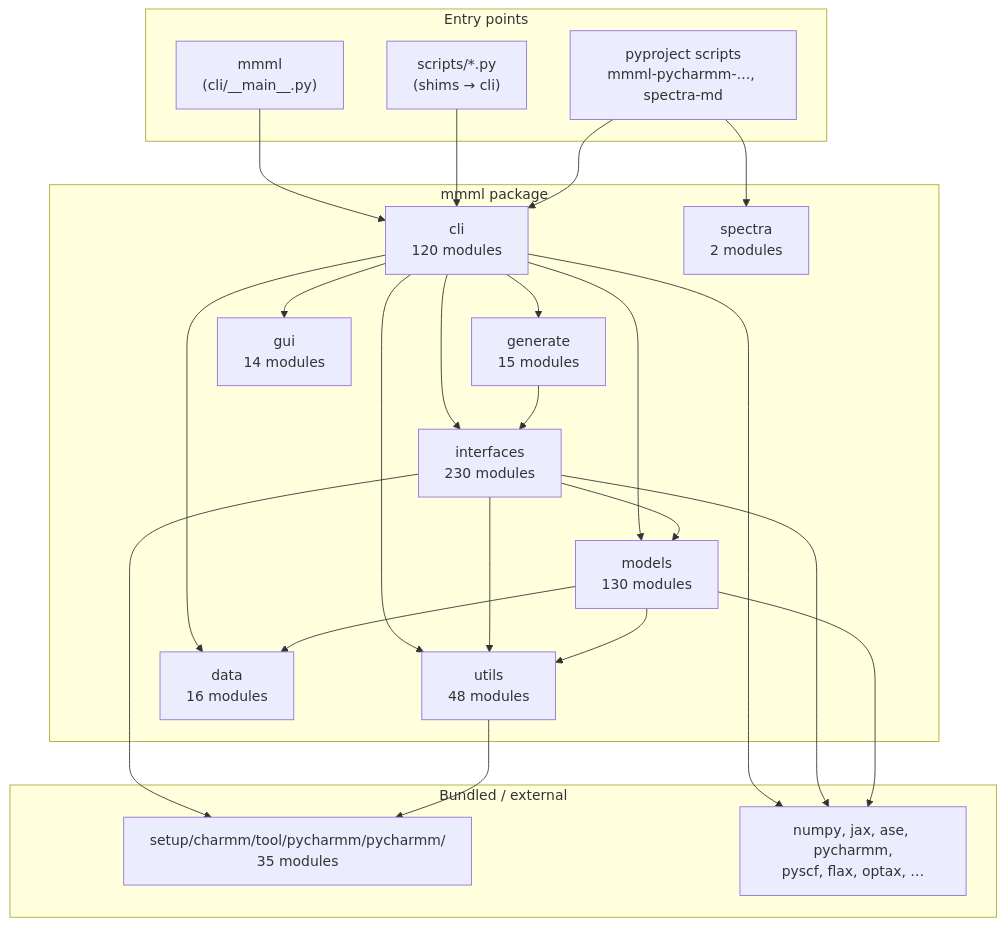
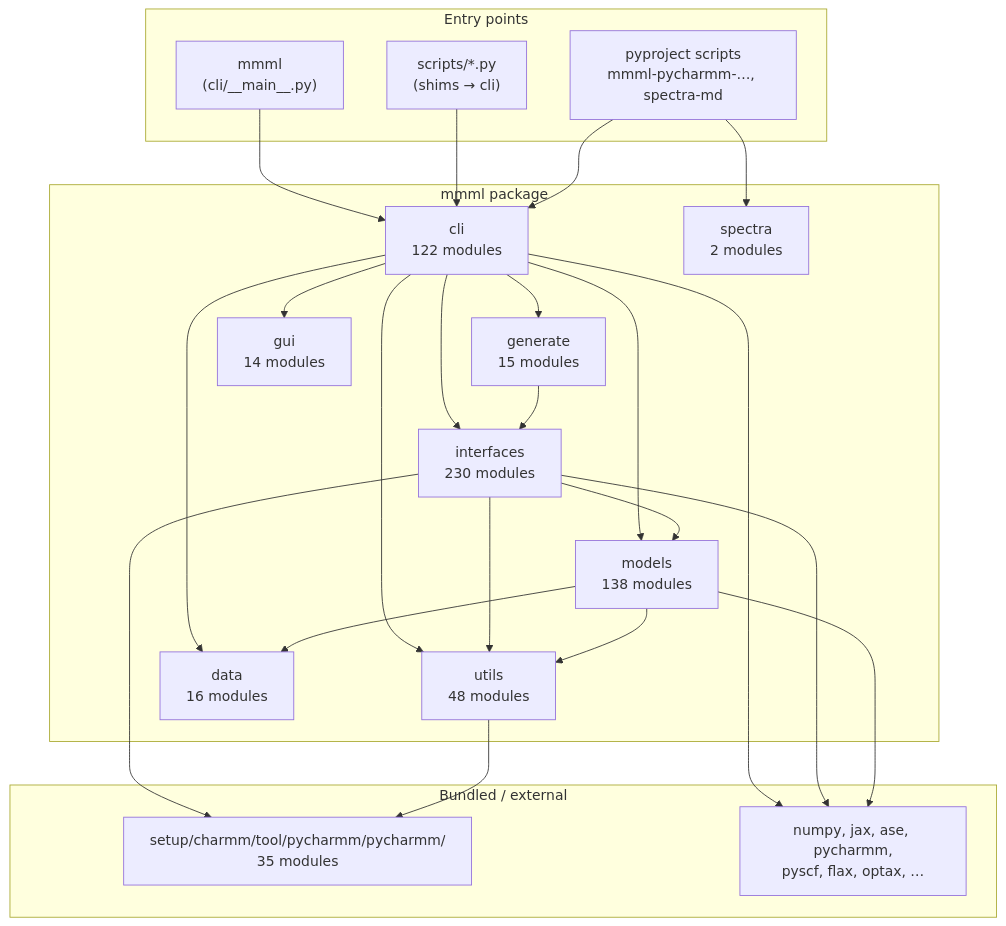
One commit to EricBoittier/mmml changed the first of 8 diagrams in docs/package-architecture.md. Above: the diagram before and after it, drawn with Mermaid. The commit also changed other lines of this file and 24 other files, not shown here.

````diff
--- a/docs/package-architecture.md
+++ b/docs/package-architecture.md
@@ -13,48 +13,48 @@
 ```mermaid
 flowchart TB
   subgraph entry["Entry points"]
     MMML["mmml\n(cli/__main__.py)"]
     SCRIPTS["scripts/*.py\n(shims → cli)"]
     PKG["pyproject scripts\nmmml-pycharmm-…, spectra-md"]
   end
 
   subgraph mmml_pkg["mmml package"]
-    CLI["cli\n120 modules"]
+    CLI["cli\n122 modules"]
     IFACE["interfaces\n230 modules"]
-    MODELS["models\n130 modules"]
+    MODELS["models\n138 modules"]
     UTILS["utils\n48 modules"]
     DATA["data\n16 modules"]
     GEN["generate\n15 modules"]
     GUI["gui\n14 modules"]
     SPEC["spectra\n2 modules"]
   end
 
   subgraph vendor["Bundled / external"]
     PYCH["setup/charmm/tool/pycharmm/pycharmm/\n35 modules"]
     EXT["numpy, jax, ase, pycharmm,\npyscf, flax, optax, …"]
   end
 
   MMML --> CLI
   SCRIPTS --> CLI
   PKG --> CLI
   PKG --> SPEC
 
   CLI --> IFACE
   CLI --> MODELS
   CLI --> DATA
   CLI --> UTILS
   CLI --> GEN
   CLI --> GUI
 
   IFACE --> MODELS
   IFACE --> UTILS
   IFACE --> PYCH
   MODELS --> UTILS
   MODELS --> DATA
   UTILS --> PYCH
   GEN --> IFACE
 
   CLI --> EXT
   IFACE --> EXT
   MODELS --> EXT
 ```
````
